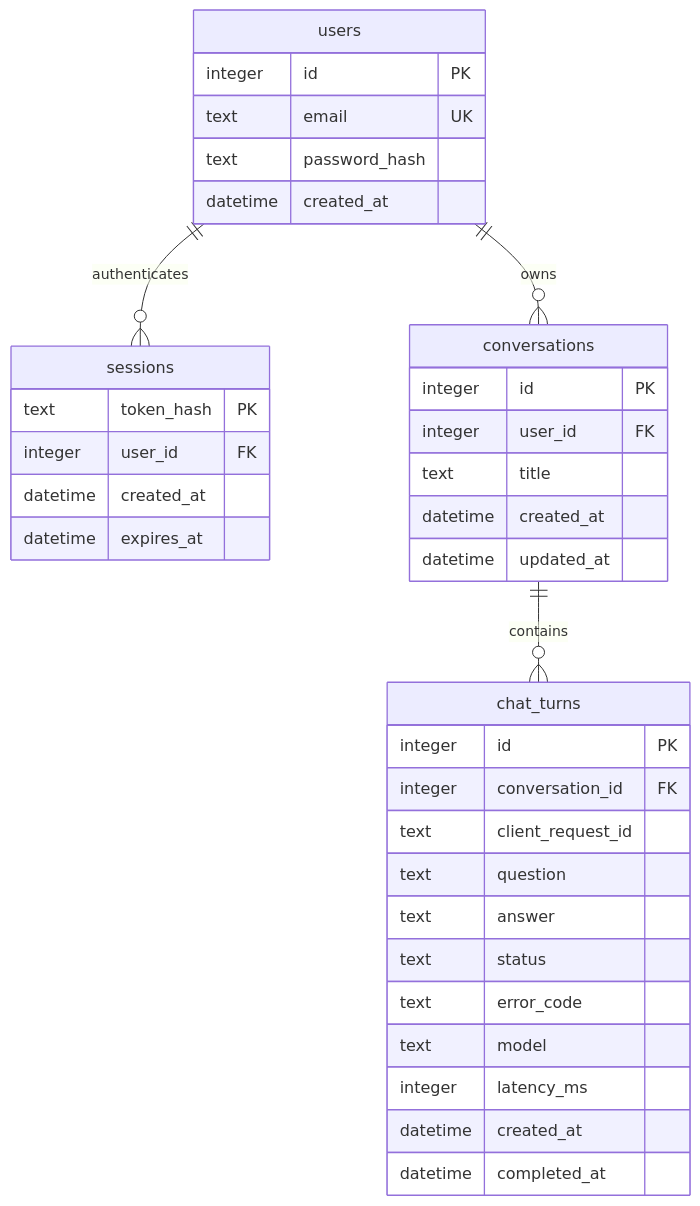
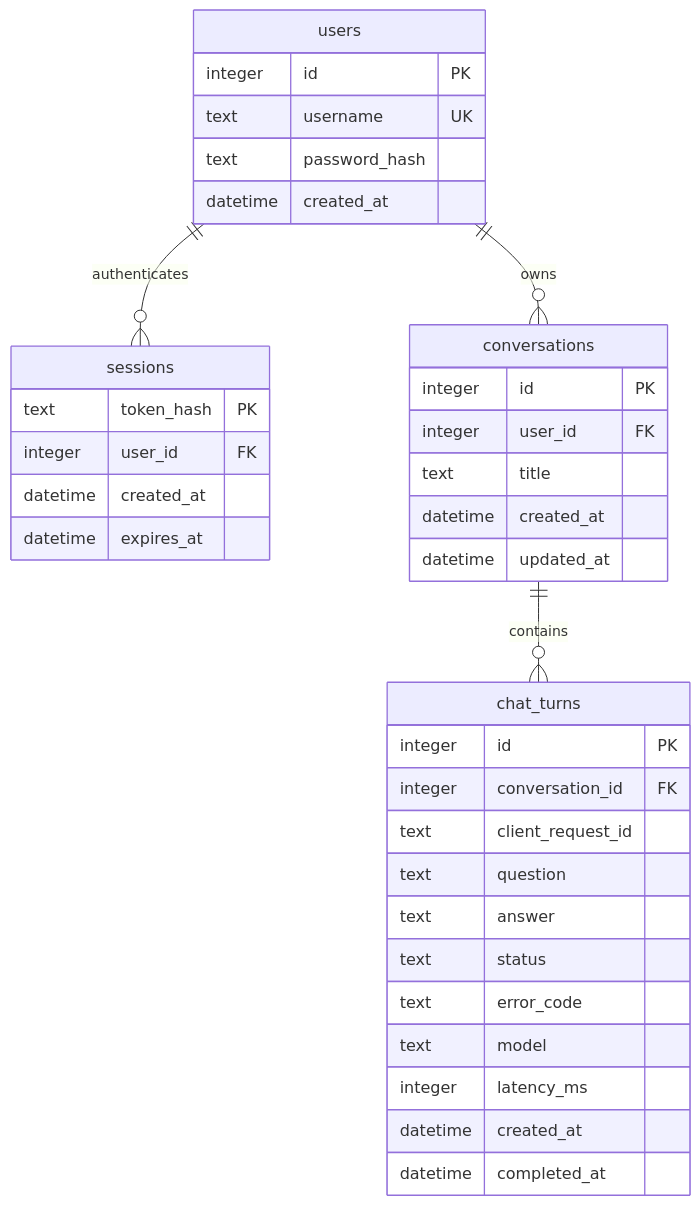
The second of 3 diagrams in docs/design.md (1st0Groom/B7-1), drawn with Mermaid before and after one commit. The commit also changed other lines of this file and 69 other files, not shown here.

````diff
--- a/docs/design.md
+++ b/docs/design.md
@@ -121,38 +124,38 @@
 ```mermaid
 erDiagram
     users ||--o{ sessions : authenticates
     users ||--o{ conversations : owns
     conversations ||--o{ chat_turns : contains
     users {
         integer id PK
-        text email UK
+        text username UK
         text password_hash
         datetime created_at
     }
     sessions {
         text token_hash PK
         integer user_id FK
         datetime created_at
         datetime expires_at
     }
     conversations {
         integer id PK
         integer user_id FK
         text title
         datetime created_at
         datetime updated_at
     }
     chat_turns {
         integer id PK
         integer conversation_id FK
         text client_request_id
         text question
         text answer
         text status
         text error_code
         text model
         integer latency_ms
         datetime created_at
         datetime completed_at
     }
 ```
````
